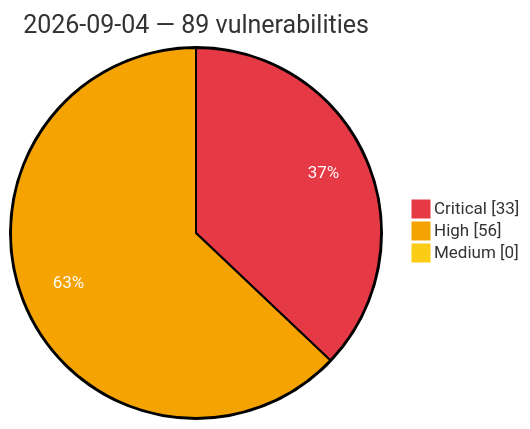
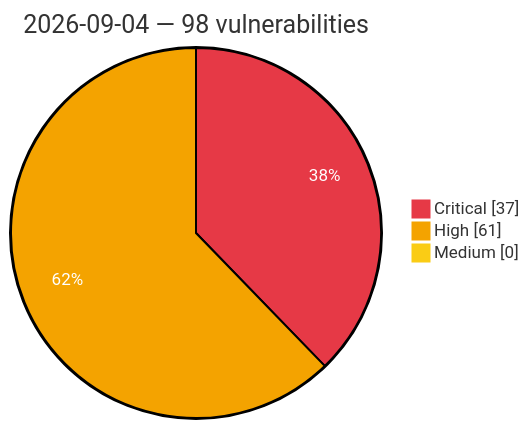
The diagram in vulnerabilities/2026/September/2026-09-04.md (GhostX0X/vuln-tracker), drawn with Mermaid before and after one commit. The commit also changed other lines of this file and 5 other files, not shown here.

Commit message:
Auto update: critical/high vulns (2026-09-04 22:05 UTC)

````diff
--- a/vulnerabilities/2026/September/2026-09-04.md
+++ b/vulnerabilities/2026/September/2026-09-04.md
@@ -3,8 +3,8 @@
 ```mermaid
 %%{init: {'theme':'base', 'themeVariables': {'pie1':'#e63946', 'pie2':'#f4a300', 'pie3':'#facc15', 'pieOpacity':'1', 'pieOuterStrokeWidth':'2px', 'pieSectionTextColor':'#ffffff'}}}%%
 pie showData
-    title 2026-09-04 — 89 vulnerabilities
-    "Critical" : 33
-    "High" : 56
+    title 2026-09-04 — 98 vulnerabilities
+    "Critical" : 37
+    "High" : 61
     "Medium" : 0
 ```
````
